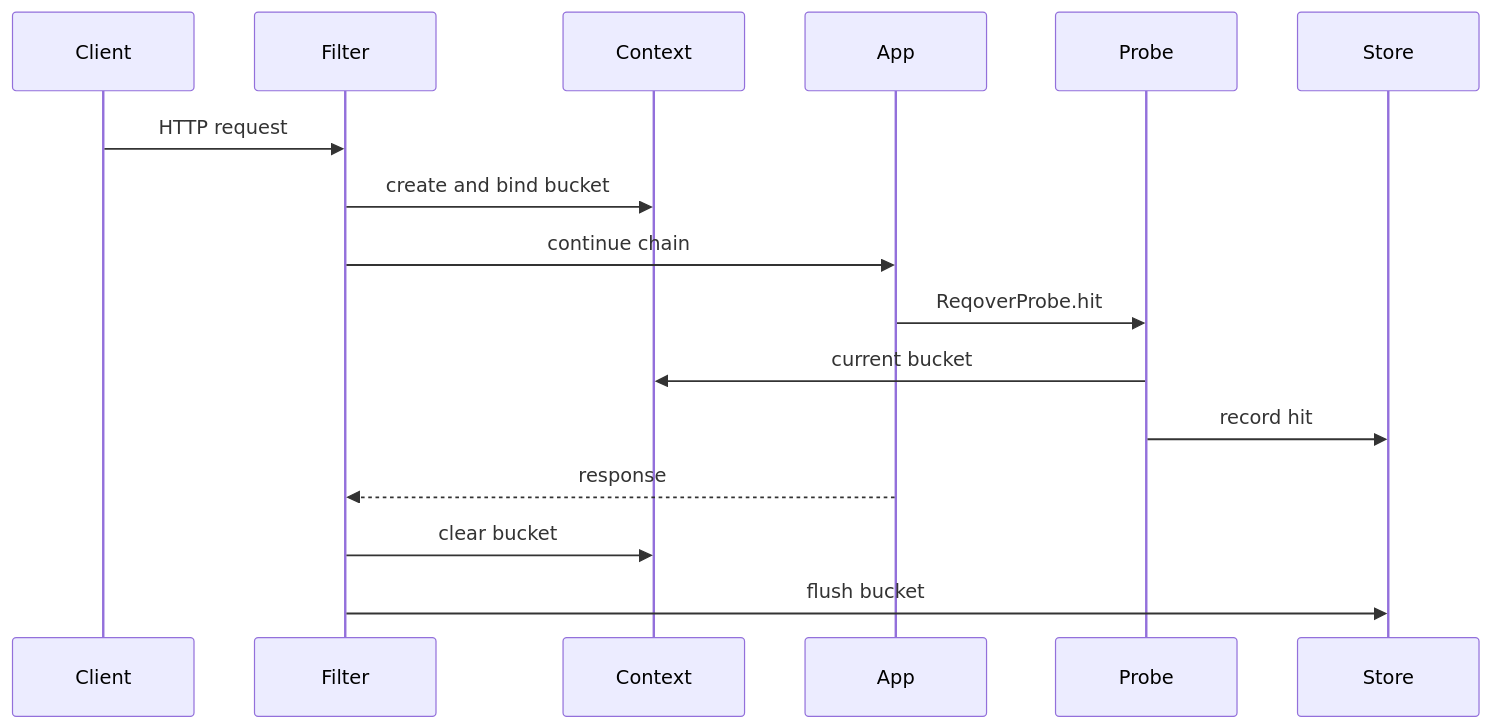
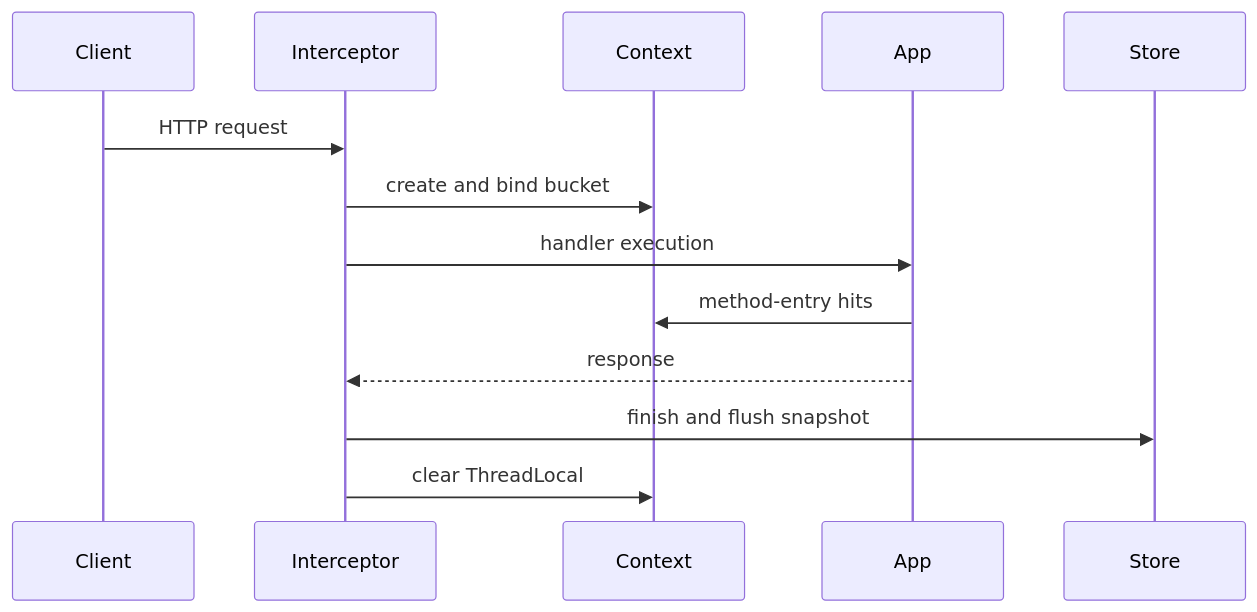
The second of 3 diagrams in docs/02_architecture.md (reqover-labs/reqover), drawn with Mermaid before and after one commit. The commit also changed other lines of this file and 59 other files, not shown here.

````diff
--- a/docs/02_architecture.md
+++ b/docs/02_architecture.md
@@ -150,19 +81,16 @@
 ```mermaid
 sequenceDiagram
   participant Client
-  participant Filter
+  participant Interceptor
   participant Context
   participant App
-  participant Probe
   participant Store
 
-  Client->>Filter: HTTP request
-  Filter->>Context: create and bind bucket
-  Filter->>App: continue chain
-  App->>Probe: ReqoverProbe.hit
-  Probe->>Context: current bucket
-  Probe->>Store: record hit
-  App-->>Filter: response
-  Filter->>Context: clear bucket
-  Filter->>Store: flush bucket
+  Client->>Interceptor: HTTP request
+  Interceptor->>Context: create and bind bucket
+  Interceptor->>App: handler execution
+  App->>Context: method-entry hits
+  App-->>Interceptor: response
+  Interceptor->>Store: finish and flush snapshot
+  Interceptor->>Context: clear ThreadLocal
 ```
````
